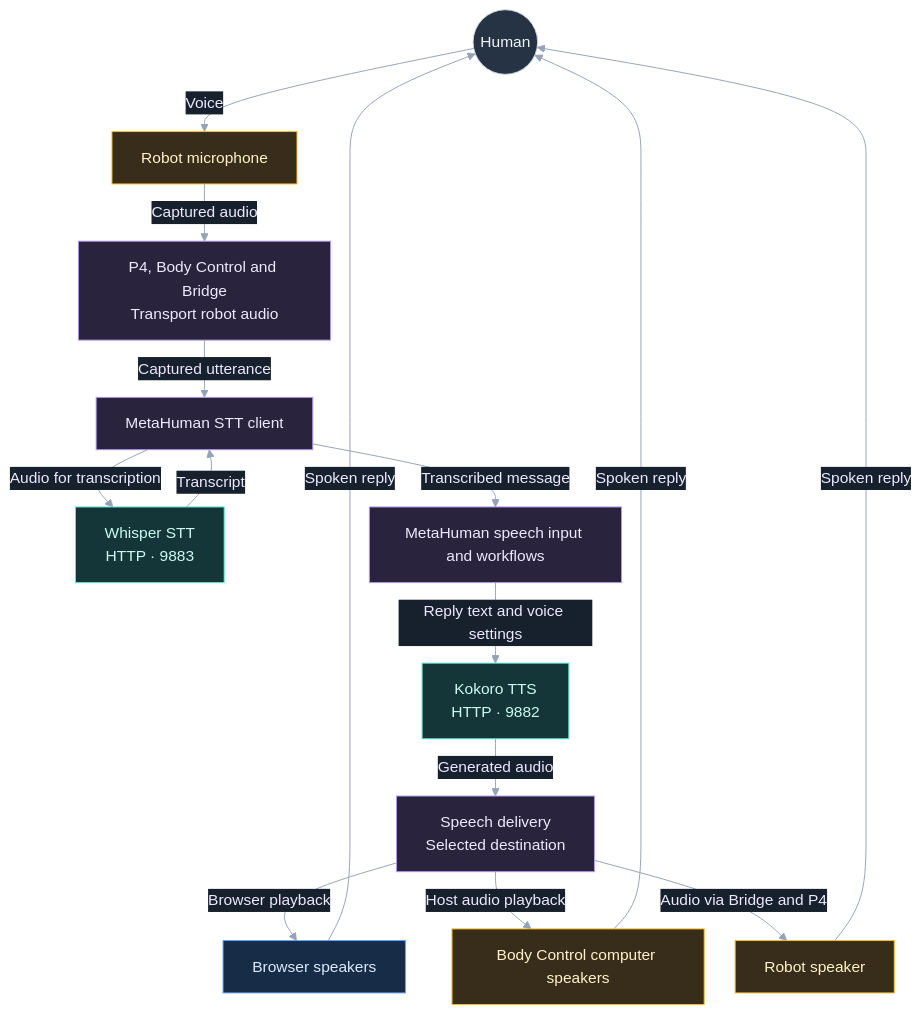
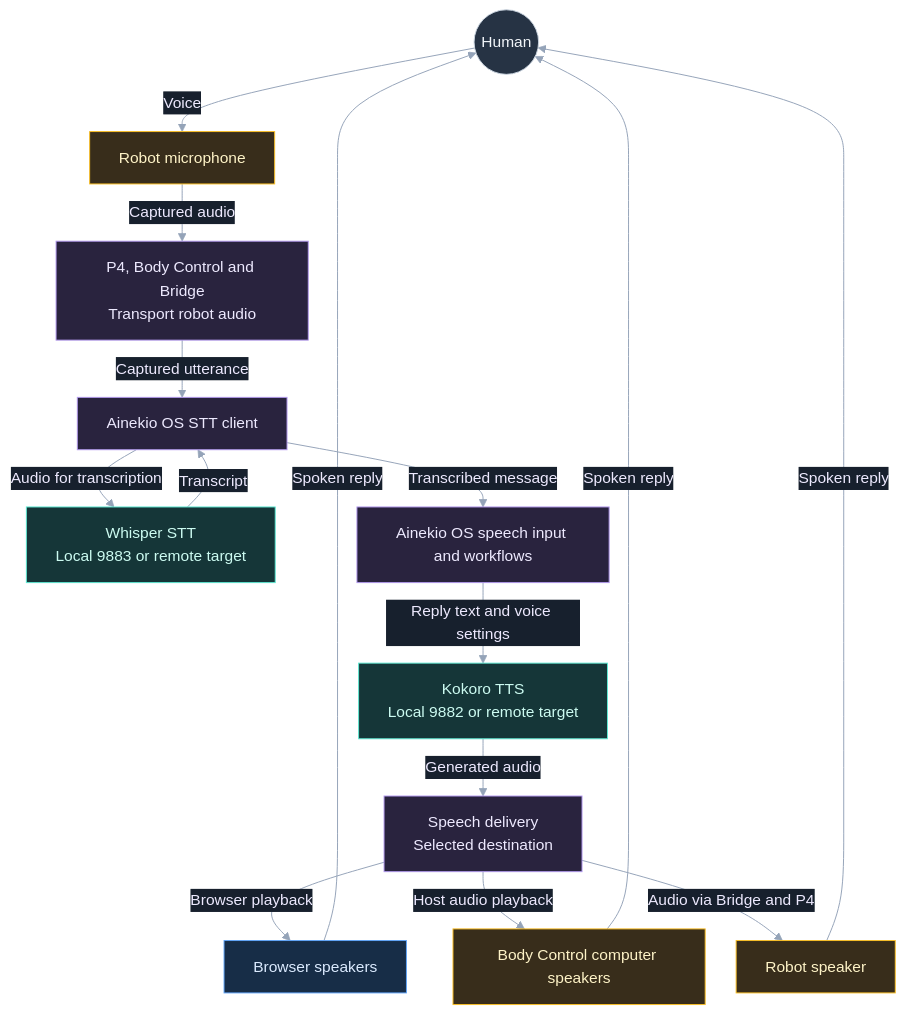
Before and after one commit to Greg-Aster/ainekio-os: the seventh of 9 diagrams in docs/robot/SYSTEM_ARCHITECTURE.md, drawn with Mermaid. The commit also changed other lines of this file and 8 other files, not shown here.

Commit message:
docs(robot): reconcile architecture, capabilities, and maintained surface

````diff
--- a/docs/robot/SYSTEM_ARCHITECTURE.md
+++ b/docs/robot/SYSTEM_ARCHITECTURE.md
@@ -246,33 +248,33 @@
 ```mermaid
 %%{init: {"theme":"base","themeVariables":{"darkMode":true,"background":"#0f172a","primaryColor":"#29233e","primaryTextColor":"#ede9fe","primaryBorderColor":"#b39aef","lineColor":"#94a3b8","edgeLabelBackground":"#17202d","clusterBkg":"#151e2c","clusterBorder":"#526176","titleColor":"#e2e8f0","fontSize":"16px"},"flowchart":{"nodeSpacing":20,"rankSpacing":35,"useMaxWidth":true}}}%%
 flowchart TB
   H((Human)):::human
   MIC["Robot microphone"]:::hardware
   BODY["P4, Body Control and Bridge<br/>Transport robot audio"]:::software
-  INPUT["MetaHuman STT client"]:::software
-  STT["Whisper STT<br/>HTTP · 9883"]:::service
-  ENGINE["MetaHuman speech input and workflows"]:::software
-  TTS["Kokoro TTS<br/>HTTP · 9882"]:::service
+  INPUT["Ainekio OS STT client"]:::software
+  STT["Whisper STT<br/>Local 9883 or remote target"]:::service
+  ENGINE["Ainekio OS speech input and workflows"]:::software
+  TTS["Kokoro TTS<br/>Local 9882 or remote target"]:::service
   DELIVERY["Speech delivery<br/>Selected destination"]:::software
   BROWSER["Browser speakers"]:::ui
   HOST["Body Control computer speakers"]:::hardware
   ROBOT["Robot speaker"]:::hardware
   H -->|"Voice"| MIC
   MIC -->|"Captured audio"| BODY
   BODY -->|"Captured utterance"| INPUT
   INPUT -->|"Audio for transcription"| STT
   STT -->|"Transcript"| INPUT
   INPUT -->|"Transcribed message"| ENGINE
   ENGINE -->|"Reply text and voice settings"| TTS
   TTS -->|"Generated audio"| DELIVERY
   DELIVERY -->|"Browser playback"| BROWSER
   DELIVERY -->|"Host audio playback"| HOST
   DELIVERY -->|"Audio via Bridge and P4"| ROBOT
   BROWSER & HOST & ROBOT -->|"Spoken reply"| H
   classDef human fill:#263344,stroke:#cbd5e1,color:#f1f5f9
   classDef ui fill:#172d47,stroke:#60a5fa,color:#dbeafe
   classDef software fill:#29233e,stroke:#b39aef,color:#ede9fe
   classDef service fill:#153638,stroke:#5eead4,color:#ccfbf1
   classDef hardware fill:#382d1b,stroke:#fbbf24,color:#fef3c7
   classDef data fill:#263126,stroke:#86c995,color:#dcfce7
 ```
````
